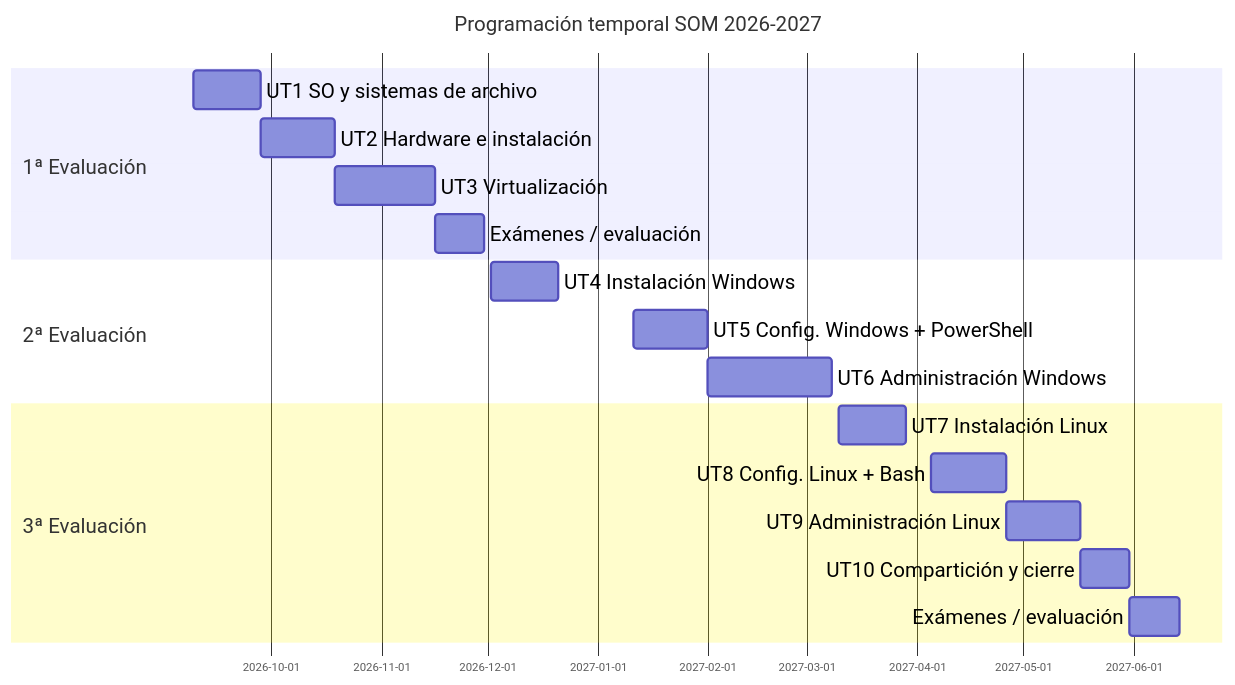
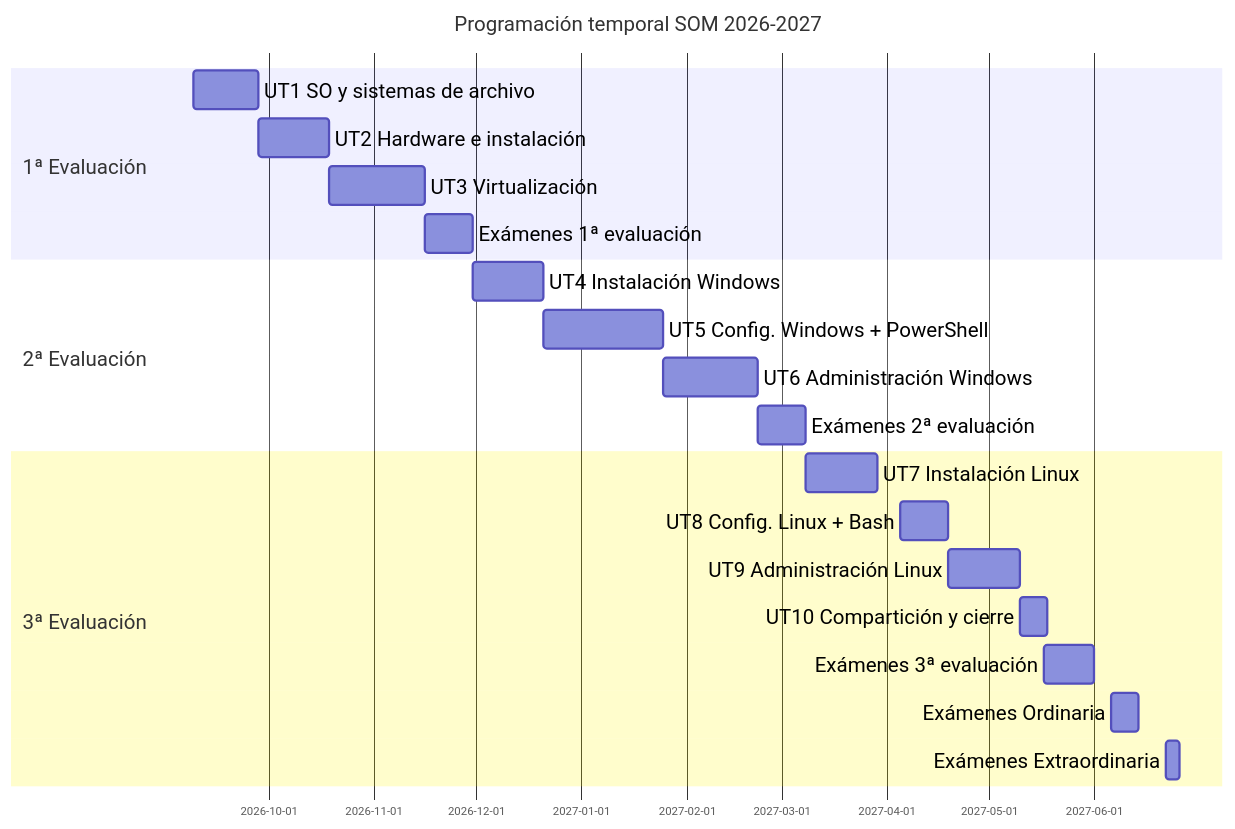
Before and after one commit to luisgarciabonifaz/SOM: the diagram in docs/semipresencial/calendario-gantt.md, drawn with Mermaid. The commit also changed 6 other files, not shown here.

````diff
--- a/docs/semipresencial/calendario-gantt.md
+++ b/docs/semipresencial/calendario-gantt.md
@@ -11,21 +11,24 @@
 ```mermaid
 %%{init: {'gantt': {'barHeight': 34, 'barGap': 8, 'fontSize': 18, 'sectionFontSize': 18, 'topPadding': 60, 'leftPadding': 160}}}%%
 gantt
     dateFormat  YYYY-MM-DD
     title Programación temporal SOM 2026-2027
     section 1ª Evaluación
-    UT1 SO y sistemas de archivo      :2026-09-09, 19d
-    UT2 Hardware e instalación        :2026-09-28, 21d
-    UT3 Virtualización                :2026-10-19, 28d
-    Exámenes / evaluación             :2026-11-16, 14d
+  UT1 SO y sistemas de archivo      :2026-09-09, 19d
+  UT2 Hardware e instalación        :2026-09-28, 21d
+  UT3 Virtualización                :2026-10-19, 28d
+  Exámenes 1ª evaluación            :2026-11-16, 14d
     section 2ª Evaluación
-    UT4 Instalación Windows           :2026-12-02, 19d
-    UT5 Config. Windows + PowerShell  :2027-01-11, 21d
-    UT6 Administración Windows        :2027-02-01, 35d
+  UT4 Instalación Windows           :2026-11-30, 21d
+  UT5 Config. Windows + PowerShell  :2026-12-21, 35d
+  UT6 Administración Windows        :2027-01-25, 28d
+  Exámenes 2ª evaluación            :2027-02-22, 14d
     section 3ª Evaluación
-    UT7 Instalación Linux             :2027-03-10, 19d
-    UT8 Config. Linux + Bash          :2027-04-05, 21d
-    UT9 Administración Linux          :2027-04-26, 21d
-    UT10 Compartición y cierre        :2027-05-17, 14d
-    Exámenes / evaluación             :2027-05-31, 14d
+  UT7 Instalación Linux             :2027-03-08, 21d
+  UT8 Config. Linux + Bash          :2027-04-05, 14d
+  UT9 Administración Linux          :2027-04-19, 21d
+  UT10 Compartición y cierre        :2027-05-10, 8d
+  Exámenes 3ª evaluación            :2027-05-17, 15d
+  Exámenes Ordinaria                :2027-06-06, 8d
+  Exámenes Extraordinaria           :2027-06-22, 4d
 ```
````
